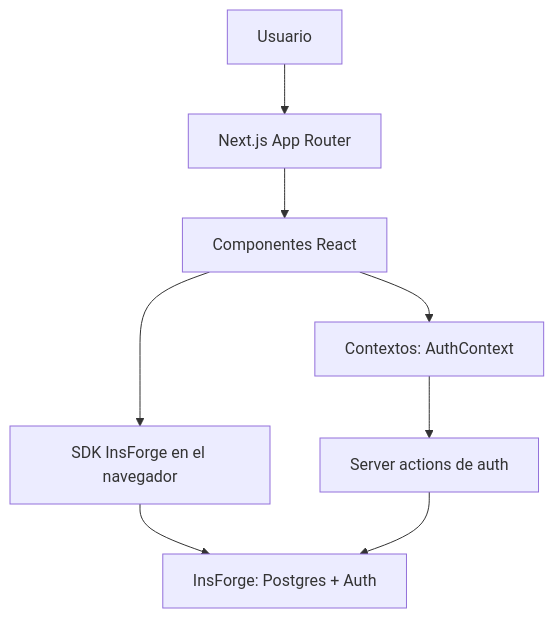
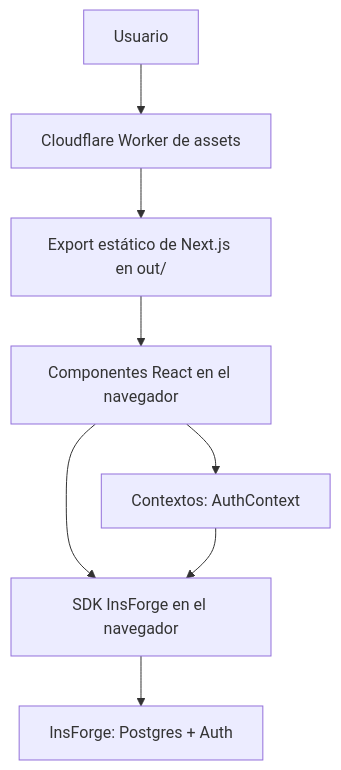
The diagram in docs/ARCHITECTURE.md (PabloJustDevelops/TravelPal), drawn with Mermaid before and after one commit. The commit also changed other lines of this file and 7 other files, not shown here.

Commit message:
docs: documenta el hosting estático en cloudflare

````diff
--- a/docs/ARCHITECTURE.md
+++ b/docs/ARCHITECTURE.md
@@ -48,10 +43,10 @@
 ```mermaid
 graph TB
-    A[Usuario] --> B[Next.js App Router]
-    B --> C[Componentes React]
-    C --> D[Contextos: AuthContext]
-    C --> E[SDK InsForge en el navegador]
-    D --> F[Server actions de auth]
-    E --> G[InsForge: Postgres + Auth]
-    F --> G
+    A[Usuario] --> B[Cloudflare Worker de assets]
+    B --> C[Export estático de Next.js en out/]
+    C --> D[Componentes React en el navegador]
+    D --> E[Contextos: AuthContext]
+    D --> F[SDK InsForge en el navegador]
+    E --> F
+    F --> G[InsForge: Postgres + Auth]
 ```
````
